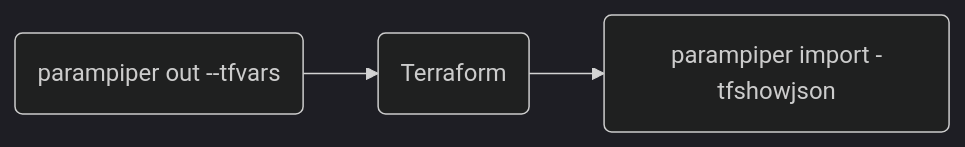
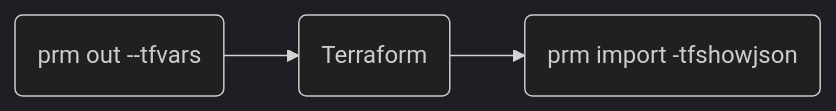
Before and after one commit to cdalar/parampiper: the third of 3 diagrams in mermaid.md, drawn with Mermaid (dark theme). The commit also changed other lines of this file and 54 other files, not shown here.

````diff
--- a/mermaid.md
+++ b/mermaid.md
@@ -22,5 +22,5 @@
 ```mermaid
 flowchart LR
-X(parampiper out --tfvars)--> A(Terraform) -->B(parampiper import -tfshowjson)
+X(prm out --tfvars)--> A(Terraform) -->B(prm import -tfshowjson)
 
 ```
````
